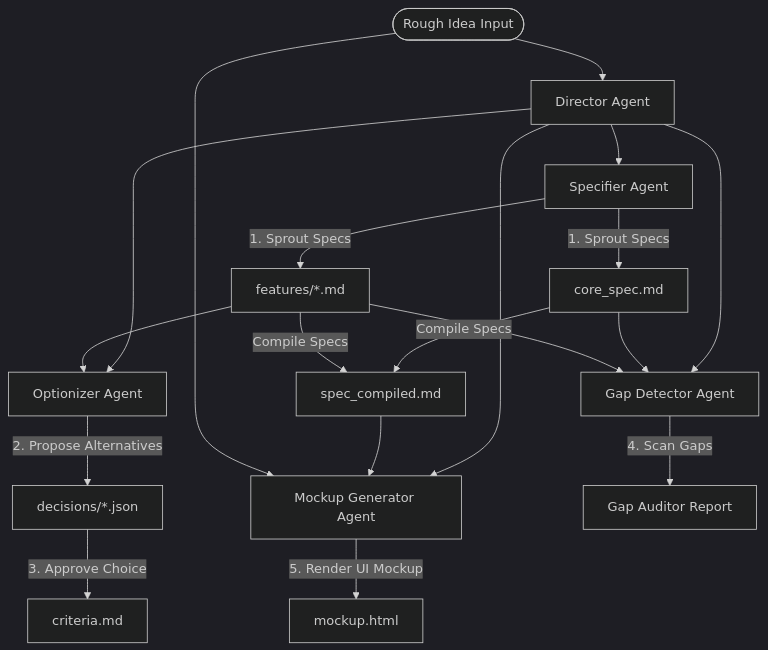
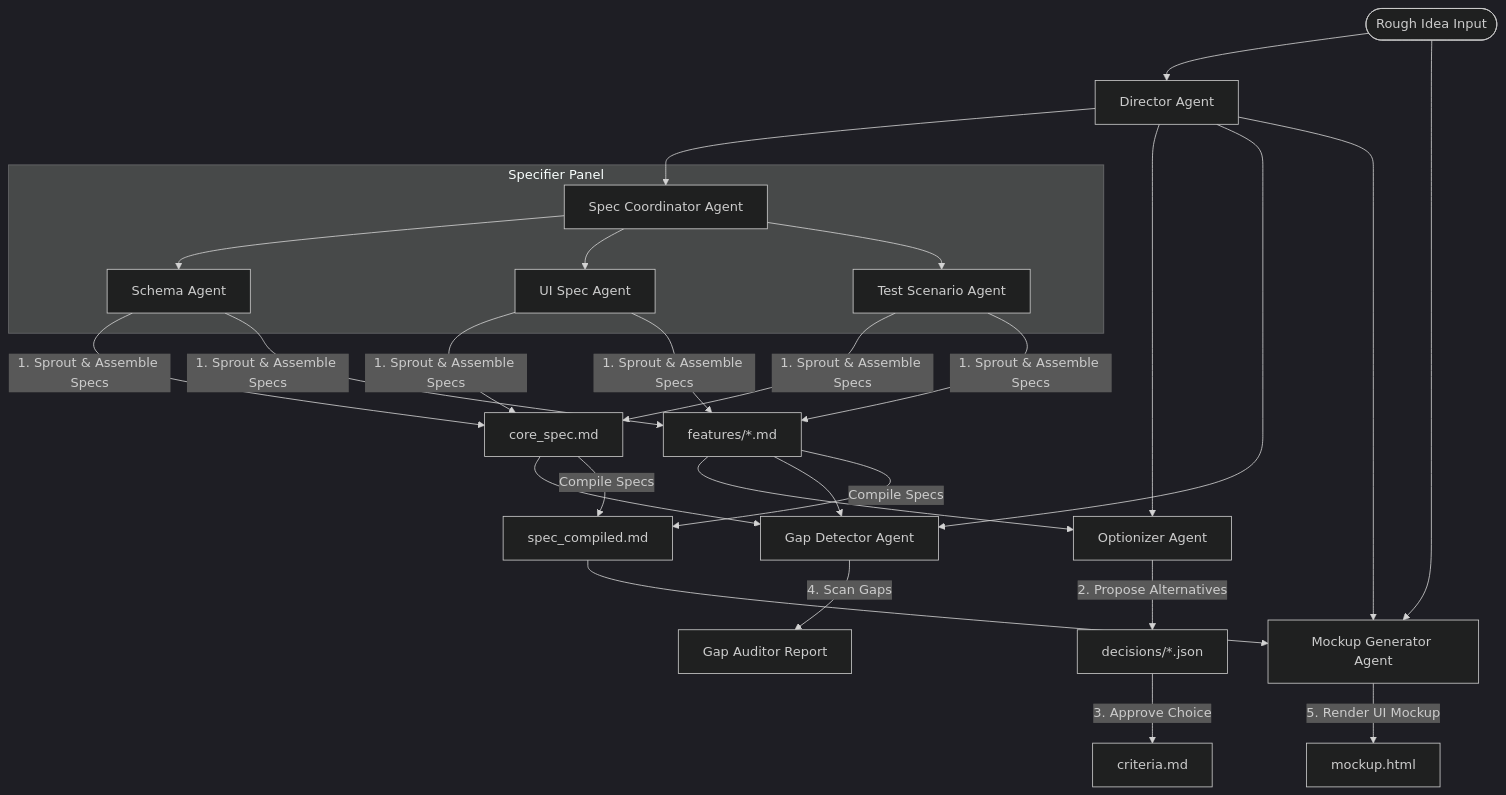
Before and after one commit to naka98/LAO: the diagram in docs/v0.9_architecture.md, drawn with Mermaid (dark theme). The commit also changed other lines of this file and 1 other file, not shown here.

Commit message:
docs: update architecture documents to reflect skeleton-first sprout and specialized subagents panel

````diff
--- a/docs/v0.9_architecture.md
+++ b/docs/v0.9_architecture.md
@@ -62,23 +62,29 @@
 ```mermaid
 graph TD
     User([Rough Idea Input]) --> Director[Director Agent]
-    Director --> Specifier[Specifier Agent]
+    Director --> Specifier[Spec Coordinator Agent]
     Director --> Optionizer[Optionizer Agent]
     Director --> GapDetector[Gap Detector Agent]
     Director --> MockupGen[Mockup Generator Agent]
     
-    Specifier -->|1. Sprout Specs| Core[core_spec.md]
-    Specifier -->|1. Sprout Specs| Feat[features/*.md]
+    subgraph SpecifierPanel [Specifier Panel]
+        Specifier --> SchemaAgent[Schema Agent]
+        Specifier --> UISpecAgent[UI Spec Agent]
+        Specifier --> TestScenarioAgent[Test Scenario Agent]
+    end
+    
+    SchemaAgent & UISpecAgent & TestScenarioAgent -->|1. Sprout & Assemble Specs| Core[core_spec.md]
+    SchemaAgent & UISpecAgent & TestScenarioAgent -->|1. Sprout & Assemble Specs| Feat[features/*.md]
     
     Feat --> Optionizer
     Optionizer -->|2. Propose Alternatives| Decisions[decisions/*.json]
     
     Decisions -->|3. Approve Choice| Criteria[criteria.md]
     
     Core & Feat --> GapDetector
     GapDetector -->|4. Scan Gaps| Gaps[Gap Auditor Report]
     
     Core & Feat -->|Compile Specs| SpecCompiled[spec_compiled.md]
     SpecCompiled & User --> MockupGen
     MockupGen -->|5. Render UI Mockup| Mockup[mockup.html]
 ```
````
